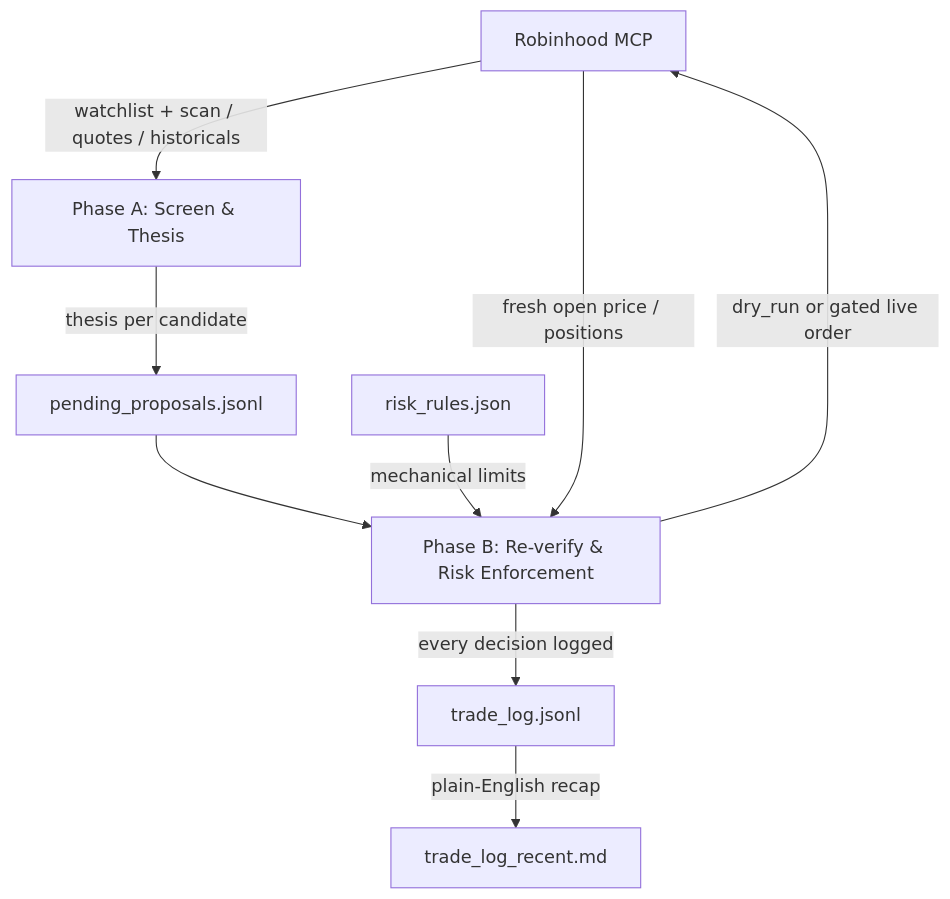
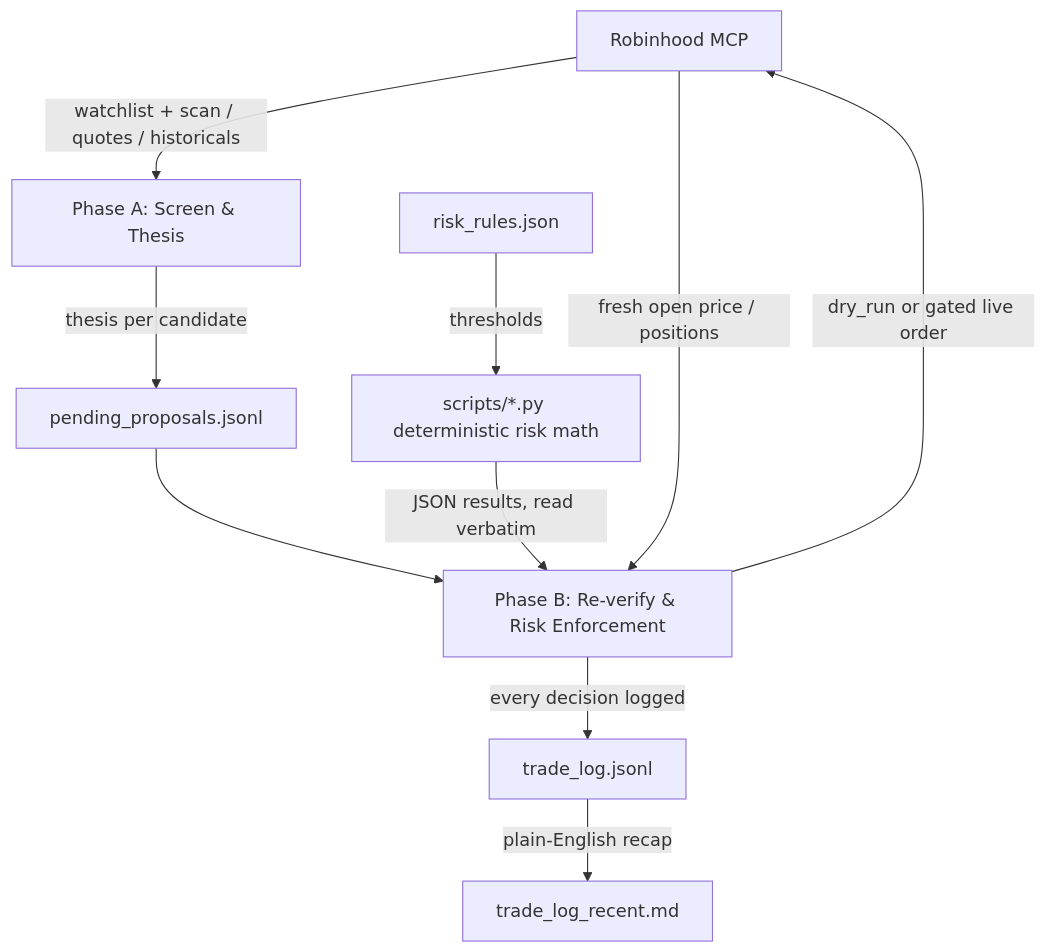
The diagram in README.md (YizhiSong/FriesTrader), drawn with Mermaid before and after one commit. The commit also changed other lines of this file, not shown here.

First line of the commit message:
Document the scripts/ risk-math engines in the README

````diff
--- a/README.md
+++ b/README.md
@@ -59,11 +65,12 @@
 ```mermaid
 graph TD
     RH[Robinhood MCP] -- watchlist + scan / quotes / historicals --> A[Phase A: Screen & Thesis]
     A -- thesis per candidate --> P[pending_proposals.jsonl]
     P --> B[Phase B: Re-verify & Risk Enforcement]
-    RR[risk_rules.json] -- mechanical limits --> B
+    RR[risk_rules.json] -- thresholds --> S[scripts/*.py deterministic risk math]
+    S -- JSON results, read verbatim --> B
     RH -- fresh open price / positions --> B
     B -- dry_run or gated live order --> RH
     B -- every decision logged --> L[trade_log.jsonl]
     L -- plain-English recap --> REC[trade_log_recent.md]
 ```
````
